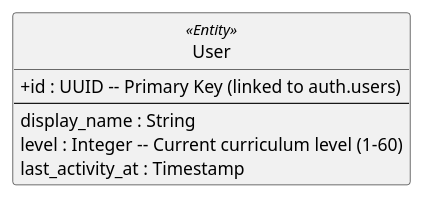
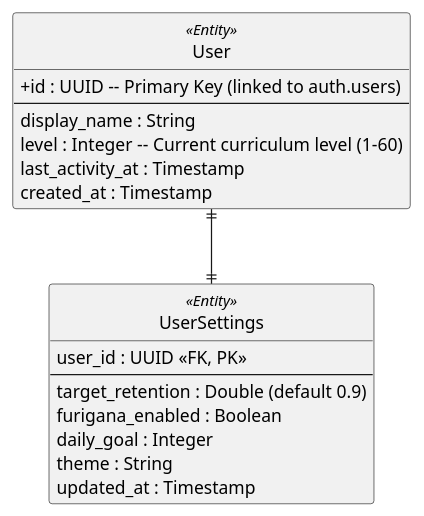
One commit to anhtranguyen-github/Hanachan changed the diagram in docs/er/user-er.md. Above: the diagram before and after it, drawn with PlantUML. The commit also changed 10 other files, not shown here.

Commit message:
docs: standardize ER diagrams, package list, and cross-consistency summary

````diff
--- a/docs/er/user-er.md
+++ b/docs/er/user-er.md
@@ -3,19 +3,32 @@
 ```plantuml
 @startuml
 skinparam packageStyle rectangle
 skinparam classAttributeIconSize 0
 hide circle
 
 ' ==========================================
 ' CENTRAL USER ENTITY
 ' ==========================================
 class User <<Entity>> {
   + id : UUID -- Primary Key (linked to auth.users)
   --
   display_name : String
   level : Integer -- Current curriculum level (1-60)
   last_activity_at : Timestamp
+  created_at : Timestamp
 }
+
+class UserSettings <<Entity>> {
+  user_id : UUID <<FK, PK>>
+  --
+  target_retention : Double (default 0.9)
+  furigana_enabled : Boolean
+  daily_goal : Integer
+  theme : String
+  updated_at : Timestamp
+}
+
+User ||--|| UserSettings
 
 @enduml
 ```
````
